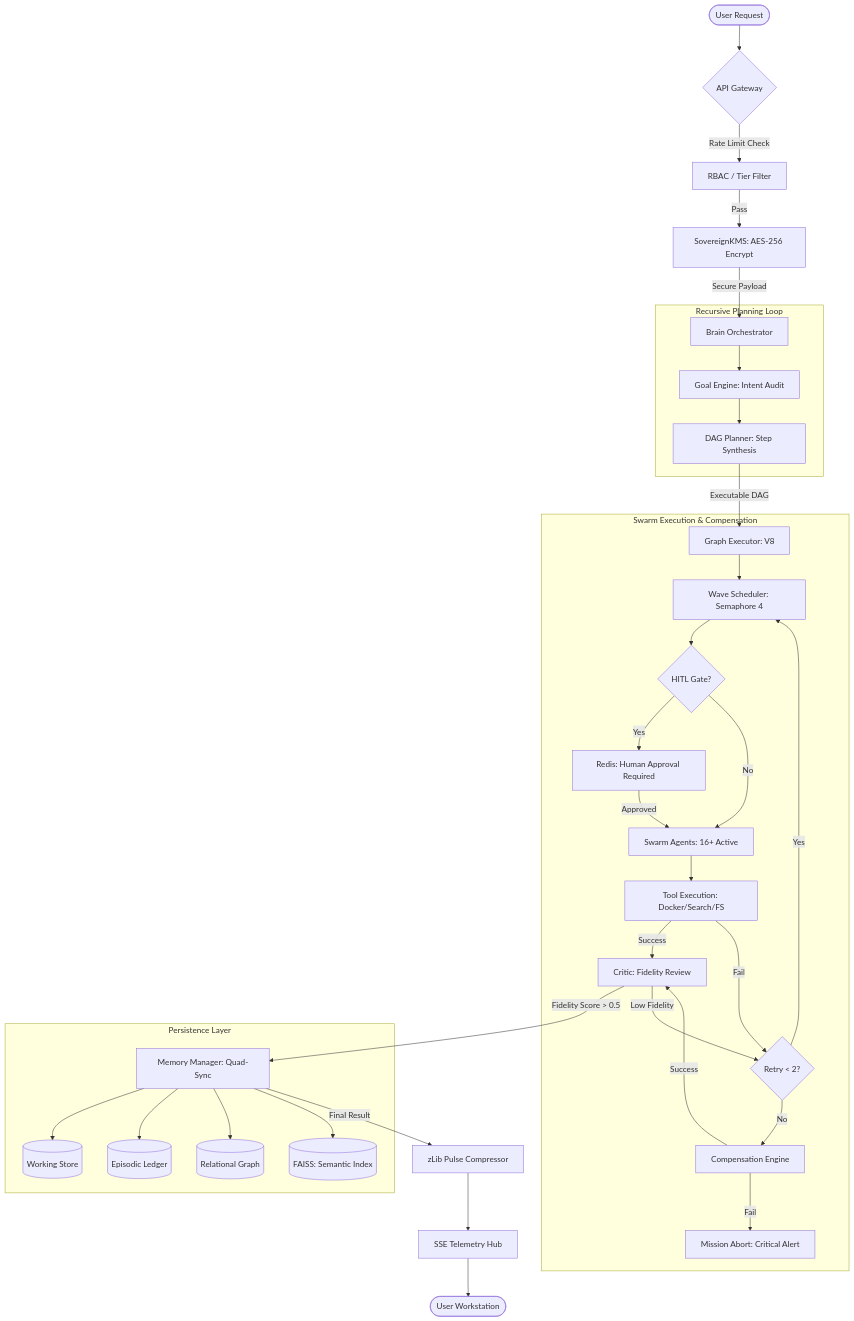
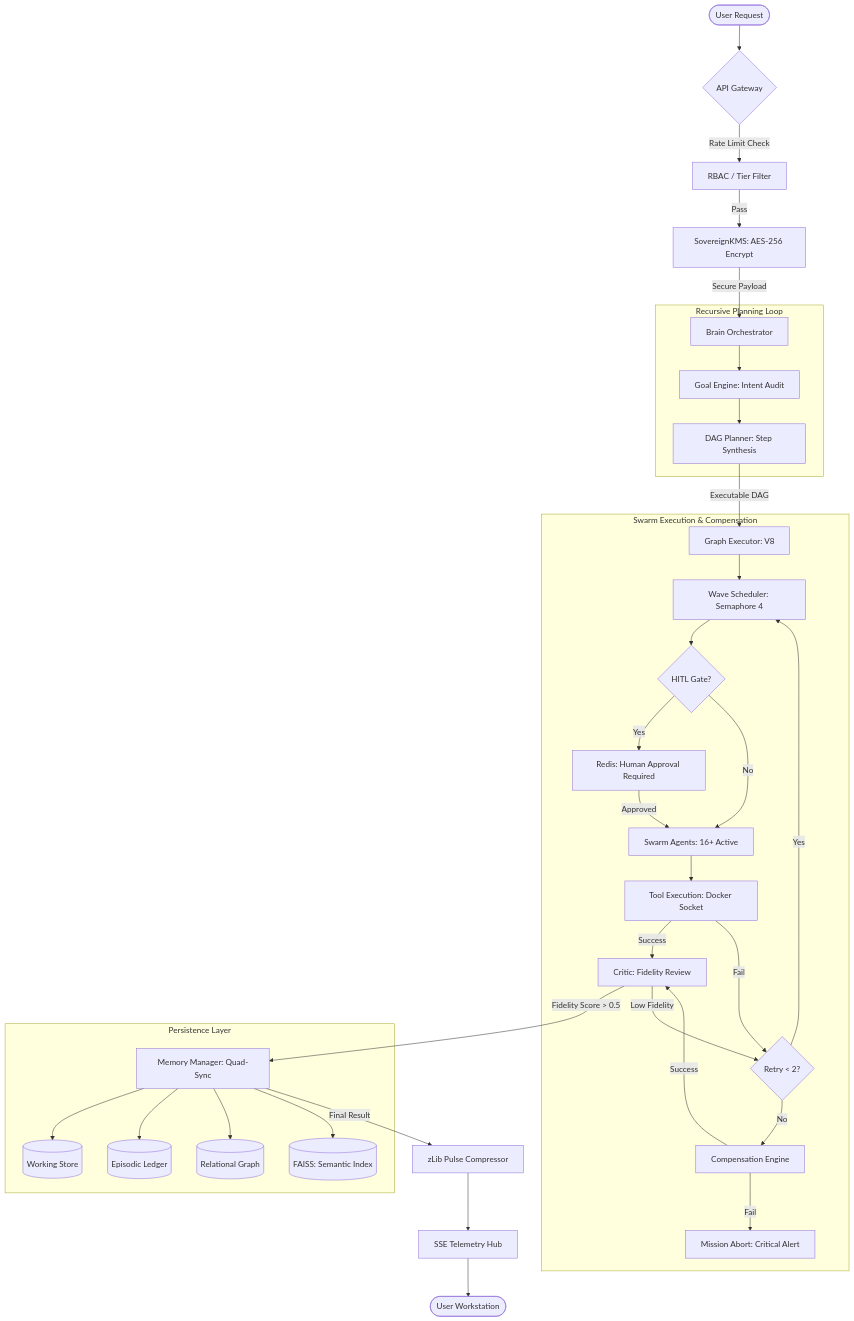
The second of 5 diagrams in README.md (Blackdrg/levi-ai-innovate), drawn with Mermaid before and after one commit. The commit also changed other lines of this file and 116 other files, not shown here.

````diff
--- a/README.md
+++ b/README.md
@@ -236,44 +239,44 @@
 ```mermaid
 graph TD
     User([User Request]) --> Gateway{API Gateway}
     Gateway -- "Rate Limit Check" --> RBAC[RBAC / Tier Filter]
     RBAC -- "Pass" --> KMS[SovereignKMS: AES-256 Encrypt]
     KMS -- "Secure Payload" --> Brain[Brain Orchestrator]
     
     subgraph "Recursive Planning Loop"
         Brain --> Goal[Goal Engine: Intent Audit]
         Goal --> Planner[DAG Planner: Step Synthesis]
     end
     
     Planner -- "Executable DAG" --> Executor[Graph Executor: V8]
     
     subgraph "Swarm Execution & Compensation"
         Executor --> Wave[Wave Scheduler: Semaphore 4]
         Wave --> HITL{HITL Gate?}
         HITL -- "Yes" --> Approval[Redis: Human Approval Required]
         Approval -- "Approved" --> Agents[Swarm Agents: 16+ Active]
         HITL -- "No" --> Agents
         
-        Agents --> Tool[Tool Execution: Docker/Search/FS]
+        Agents --> Tool[Tool Execution: Docker Socket]
         Tool -- "Success" --> Adjudicate[Critic: Fidelity Review]
         Tool -- "Fail" --> Retry{Retry < 2?}
         Retry -- "Yes" --> Wave
         Retry -- "No" --> Compensate[Compensation Engine]
         Compensate -- "Success" --> Adjudicate
         Compensate -- "Fail" --> Abort[Mission Abort: Critical Alert]
     end
     
     Adjudicate -- "Fidelity Score > 0.5" --> Crystallize[Memory Manager: Quad-Sync]
     Adjudicate -- "Low Fidelity" --> Retry
     
     subgraph "Persistence Layer"
         Crystallize --> Redis[(Working Store)]
         Crystallize --> Postgres[(Episodic Ledger)]
         Crystallize --> Neo4j[(Relational Graph)]
         Crystallize --> FAISS[(FAISS: Semantic Index)]
     end
     
     Crystallize -- "Final Result" --> Zlib[zLib Pulse Compressor]
     Zlib --> SSE[SSE Telemetry Hub]
     SSE --> Response([User Workstation])
 ```
````
